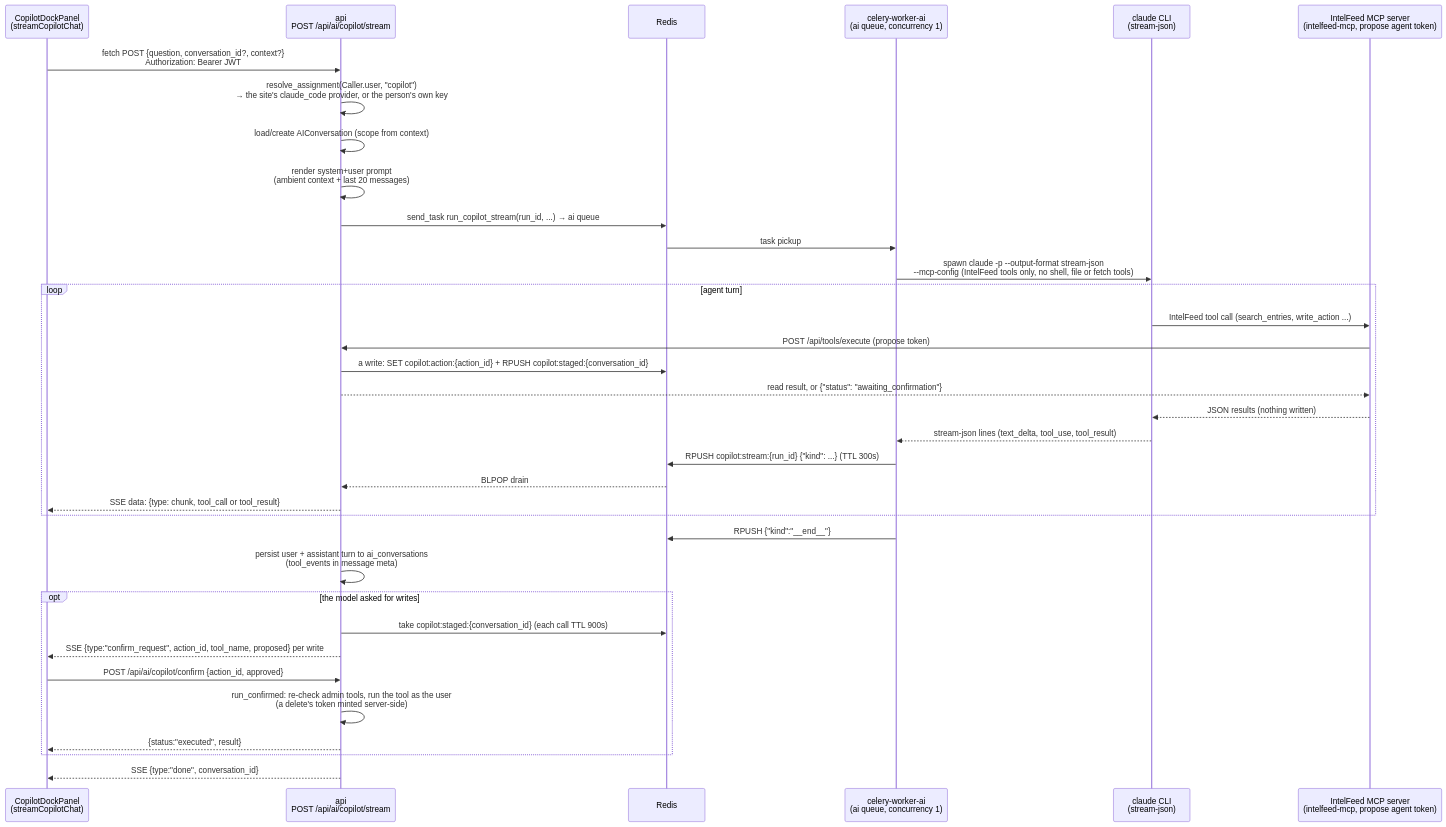
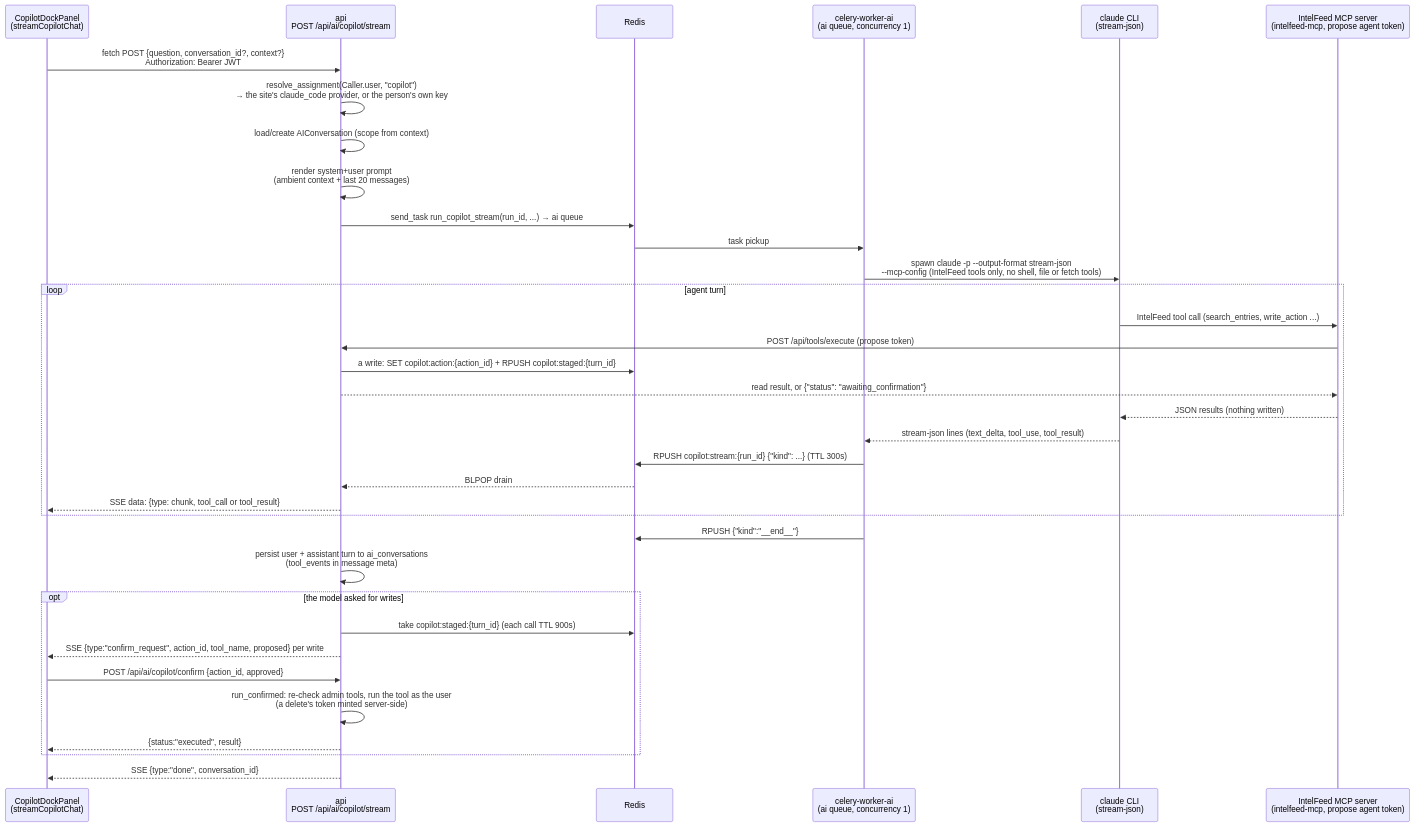
One commit to a-oneil/IntelFeed changed the diagram in docs/diagrams/copilot-stream-flow.md. Above: the diagram before and after it, drawn with Mermaid. The commit also changed 119 other files, not shown here.

````diff
--- a/docs/diagrams/copilot-stream-flow.md
+++ b/docs/diagrams/copilot-stream-flow.md
@@ -5,38 +5,38 @@
 ```mermaid
 sequenceDiagram
     participant UI as CopilotDockPanel<br/>(streamCopilotChat)
     participant API as api<br/>POST /api/ai/copilot/stream
     participant Q as Redis
     participant W as celery-worker-ai<br/>(ai queue, concurrency 1)
     participant CLI as claude CLI<br/>(stream-json)
     participant SK as IntelFeed MCP server<br/>(intelfeed-mcp, propose agent token)
 
     UI->>API: fetch POST {question, conversation_id?, context?}<br/>Authorization: Bearer JWT
     API->>API: resolve_assignment(Caller.user, "copilot")<br/>→ the site's claude_code provider, or the person's own key
     API->>API: load/create AIConversation (scope from context)
     API->>API: render system+user prompt<br/>(ambient context + last 20 messages)
     API->>Q: send_task run_copilot_stream(run_id, ...) → ai queue
     Q->>W: task pickup
     W->>CLI: spawn claude -p --output-format stream-json<br/>--mcp-config (IntelFeed tools only, no shell, file or fetch tools)
     loop agent turn
         CLI->>SK: IntelFeed tool call (search_entries, write_action ...)
         SK->>API: POST /api/tools/execute (propose token)
-        API->>Q: a write: SET copilot:action:{action_id} + RPUSH copilot:staged:{conversation_id}
+        API->>Q: a write: SET copilot:action:{action_id} + RPUSH copilot:staged:{turn_id}
         API-->>SK: read result, or {"status": "awaiting_confirmation"}
         SK-->>CLI: JSON results (nothing written)
         CLI-->>W: stream-json lines (text_delta, tool_use, tool_result)
         W->>Q: RPUSH copilot:stream:{run_id} {"kind": ...} (TTL 300s)
         Q-->>API: BLPOP drain
         API-->>UI: SSE data: {type: chunk, tool_call or tool_result}
     end
     W->>Q: RPUSH {"kind":"__end__"}
     API->>API: persist user + assistant turn to ai_conversations<br/>(tool_events in message meta)
     opt the model asked for writes
-        API->>Q: take copilot:staged:{conversation_id} (each call TTL 900s)
+        API->>Q: take copilot:staged:{turn_id} (each call TTL 900s)
         API-->>UI: SSE {type:"confirm_request", action_id, tool_name, proposed} per write
         UI->>API: POST /api/ai/copilot/confirm {action_id, approved}
         API->>API: run_confirmed: re-check admin tools, run the tool as the user<br/>(a delete's token minted server-side)
         API-->>UI: {status:"executed", result}
     end
     API-->>UI: SSE {type:"done", conversation_id}
 ```
````
